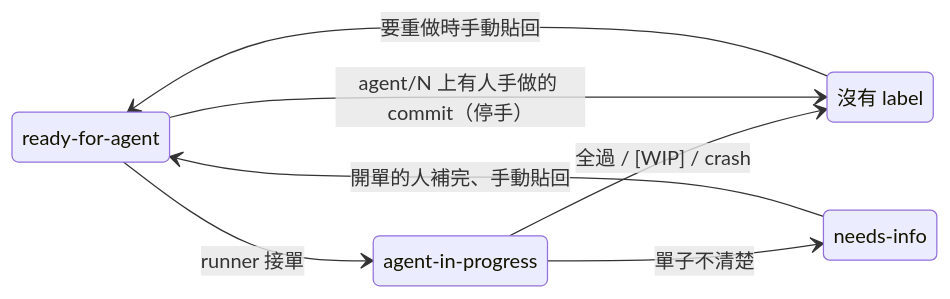
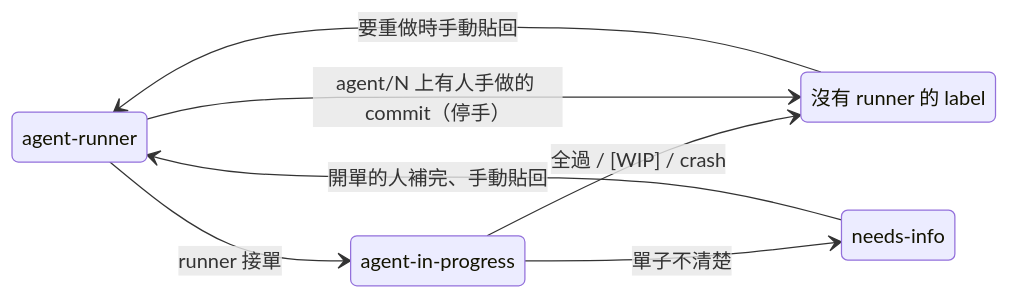
One commit to henry5720/agent-runner changed the fourth of 7 diagrams in README.md. Above: the diagram before and after it, drawn with Mermaid. The commit also changed other lines of this file and 9 other files, not shown here.

First line of the commit message:
feat: runner 只接 agent-runner label

````diff
--- a/README.md
+++ b/README.md
@@ -95,14 +95,14 @@
 ```mermaid
 stateDiagram-v2
   direction LR
-  ready: ready-for-agent
+  ready: agent-runner
   doing: agent-in-progress
   info: needs-info
-  done: 沒有 label
+  done: 沒有 runner 的 label
   ready --> doing: runner 接單
   doing --> done: 全過 / [WIP] / crash
   doing --> info: 單子不清楚
   info --> ready: 開單的人補完、手動貼回
   done --> ready: 要重做時手動貼回
   ready --> done: agent/N 上有人手做的 commit（停手）
 ```
````
